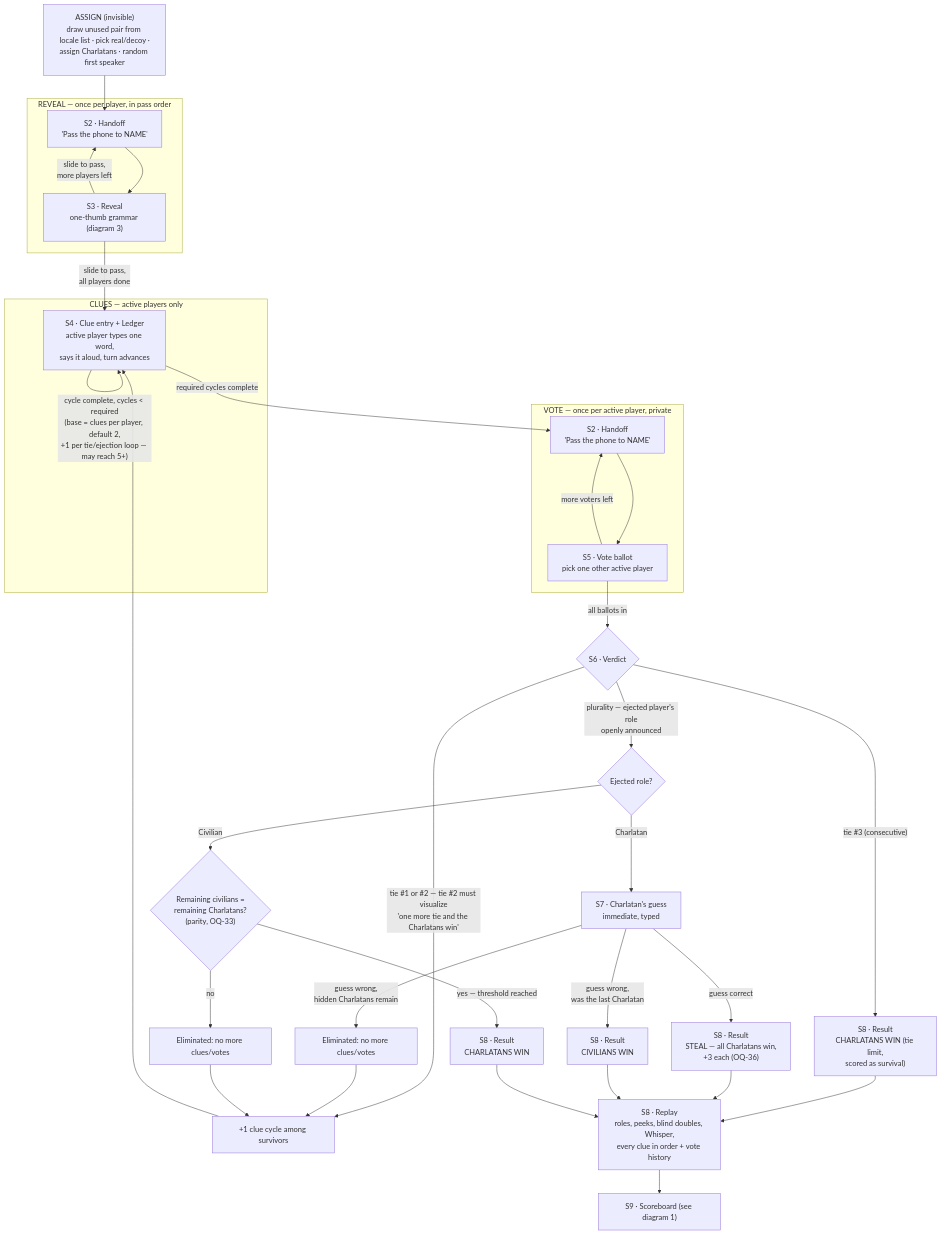
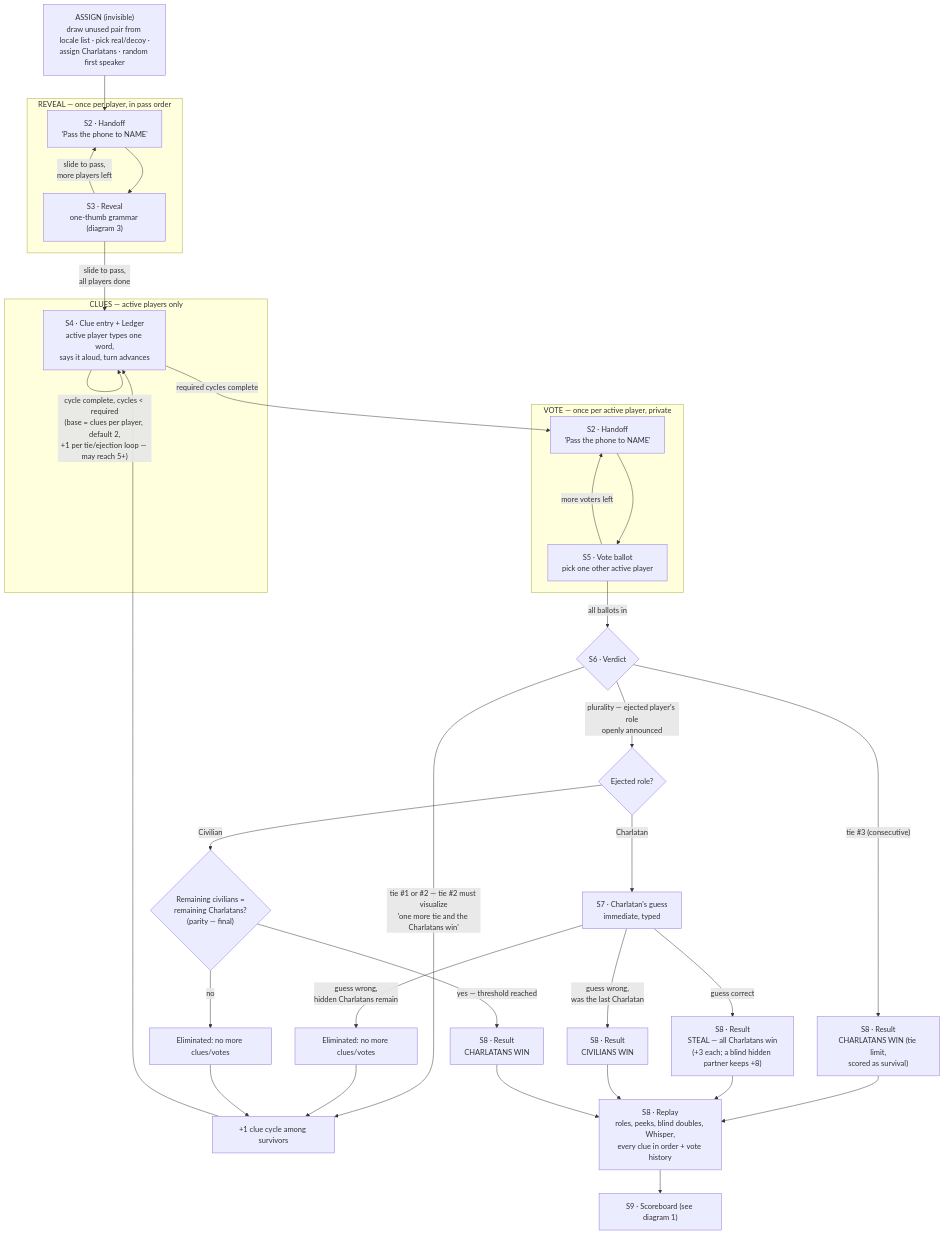
One commit to jalieven/charlatan changed the second of 4 diagrams in docs/02-flows.md. Above: the diagram before and after it, drawn with Mermaid. The commit also changed other lines of this file and 4 other files, not shown here.

````diff
--- a/docs/02-flows.md
+++ b/docs/02-flows.md
@@ -31,42 +31,42 @@
 ```mermaid
 flowchart TD
     Assign["ASSIGN (invisible)<br/>draw unused pair from locale list · pick real/decoy ·<br/>assign Charlatans · random first speaker"]
     Assign --> H1["S2 · Handoff<br/>'Pass the phone to NAME'"]
 
     subgraph RevealLoop["REVEAL — once per player, in pass order"]
         H1 --> S3["S3 · Reveal<br/>one-thumb grammar (diagram 3)"]
         S3 -->|slide to pass,<br/>more players left| H1
     end
     S3 -->|slide to pass,<br/>all players done| Clues
 
     subgraph ClueLoop["CLUES — active players only"]
         Clues["S4 · Clue entry + Ledger<br/>active player types one word,<br/>says it aloud, turn advances"]
         Clues -->|"cycle complete, cycles < required<br/>(base = clues per player, default 2,<br/>+1 per tie/ejection loop — may reach 5+)"| Clues
     end
     Clues -->|required cycles complete| H2["S2 · Handoff<br/>'Pass the phone to NAME'"]
 
     subgraph VoteLoop["VOTE — once per active player, private"]
         H2 --> S5["S5 · Vote ballot<br/>pick one other active player"]
         S5 -->|more voters left| H2
     end
     S5 -->|all ballots in| S6{"S6 · Verdict"}
 
     S6 -->|"tie #1 or #2 — tie #2 must visualize<br/>'one more tie and the Charlatans win'"| ExtraClue["+1 clue cycle among survivors"] --> Clues
     S6 -->|"tie #3 (consecutive)"| ResultTies["S8 · Result<br/>CHARLATANS WIN (tie limit,<br/>scored as survival)"]
     S6 -->|"plurality — ejected player's role<br/>openly announced"| Role{"Ejected role?"}
 
     Role -->|Charlatan| Guess["S7 · Charlatan's guess<br/>immediate, typed"]
-    Guess -->|guess correct| ResultSteal["S8 · Result<br/>STEAL — all Charlatans win,<br/>+3 each (OQ-36)"]
+    Guess -->|guess correct| ResultSteal["S8 · Result<br/>STEAL — all Charlatans win<br/>(+3 each; a blind hidden partner keeps +8)"]
     Guess -->|"guess wrong,<br/>hidden Charlatans remain"| Eliminate1["Eliminated: no more clues/votes"] --> ExtraClue
     Guess -->|"guess wrong,<br/>was the last Charlatan"| ResultCiv["S8 · Result<br/>CIVILIANS WIN"]
 
-    Role -->|Civilian| Threshold{"Remaining civilians =<br/>remaining Charlatans?<br/>(parity, OQ-33)"}
+    Role -->|Civilian| Threshold{"Remaining civilians =<br/>remaining Charlatans?<br/>(parity — final)"}
     Threshold -->|"yes — threshold reached"| ResultChar["S8 · Result<br/>CHARLATANS WIN"]
     Threshold -->|no| Eliminate2["Eliminated: no more clues/votes"] --> ExtraClue
 
     ResultTies --> Replay["S8 · Replay<br/>roles, peeks, blind doubles, Whisper,<br/>every clue in order + vote history"]
     ResultSteal --> Replay
     ResultCiv --> Replay
     ResultChar --> Replay
     Replay --> Score["S9 · Scoreboard (see diagram 1)"]
 ```
````
